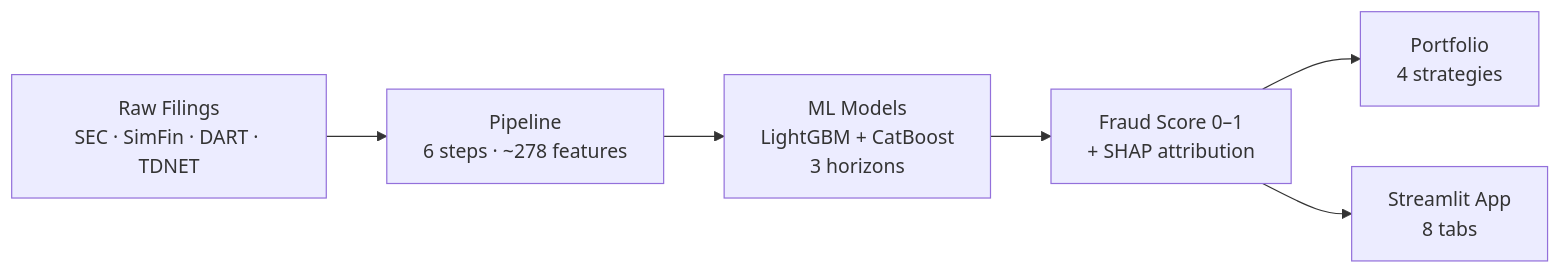
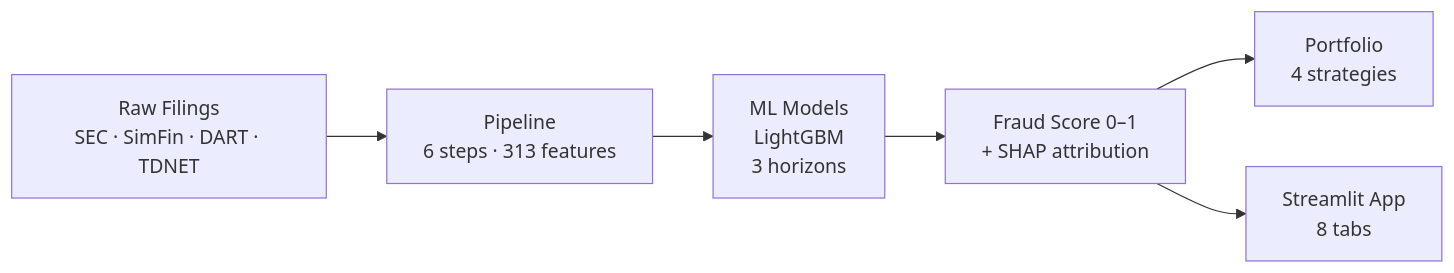
Before and after one commit to sherlock718/stock-fraud-screener: the diagram in docs/index.md, drawn with Mermaid. The commit also changed other lines of this file and 15 other files, not shown here.

First line of the commit message:
docs: update markets.md + architecture for 14-market KR-inclusive dataset

````diff
--- a/docs/index.md
+++ b/docs/index.md
@@ -68,8 +68,8 @@
 ```mermaid
 graph LR
-    A[Raw Filings<br/>SEC · SimFin · DART · TDNET] --> B[Pipeline<br/>6 steps · ~278 features]
-    B --> C[ML Models<br/>LightGBM + CatBoost<br/>3 horizons]
+    A[Raw Filings<br/>SEC · SimFin · DART · TDNET] --> B[Pipeline<br/>6 steps · 313 features]
+    B --> C[ML Models<br/>LightGBM<br/>3 horizons]
     C --> D[Fraud Score 0–1<br/>+ SHAP attribution]
     D --> E[Portfolio<br/>4 strategies]
     D --> F[Streamlit App<br/>8 tabs]
 ```
````
